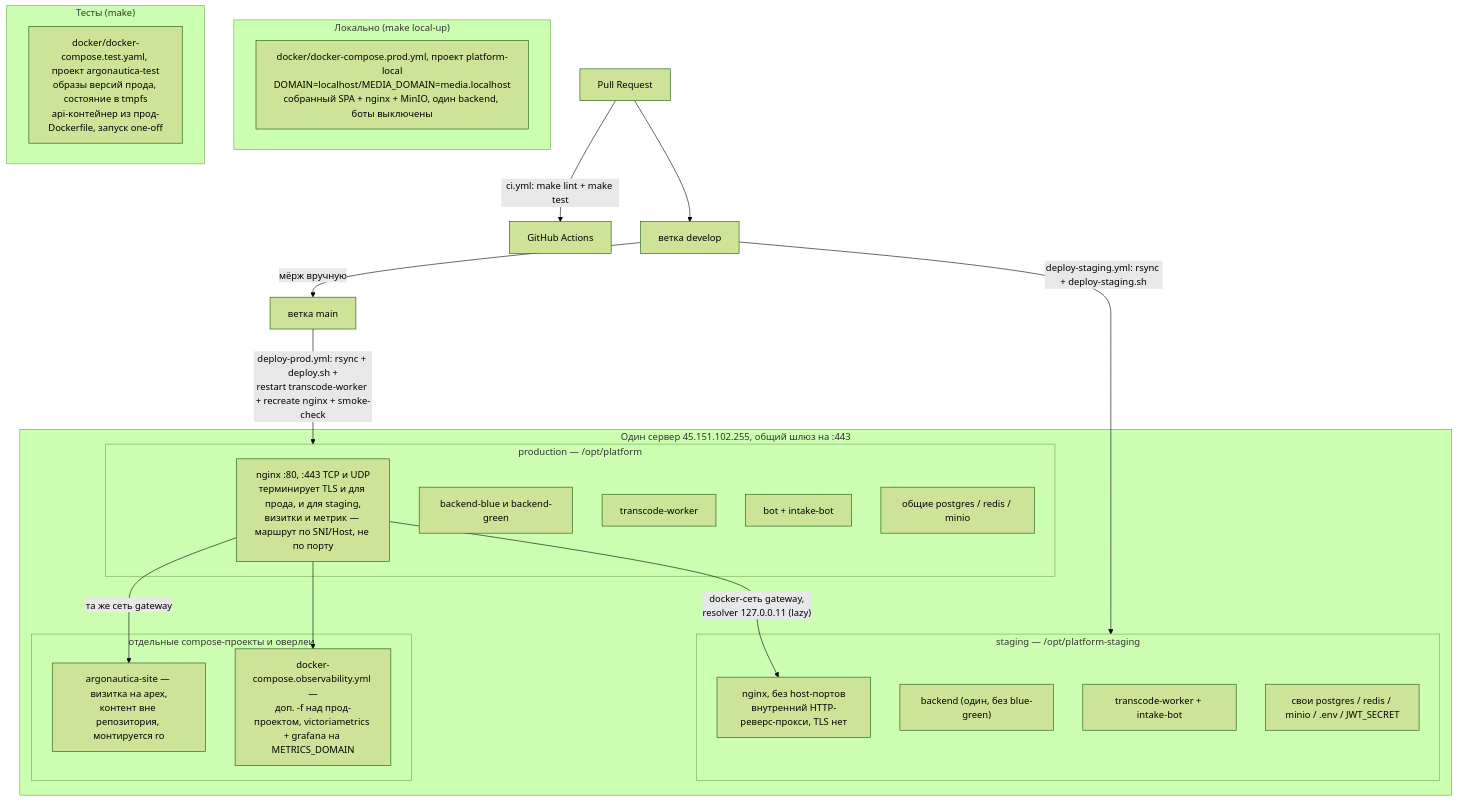
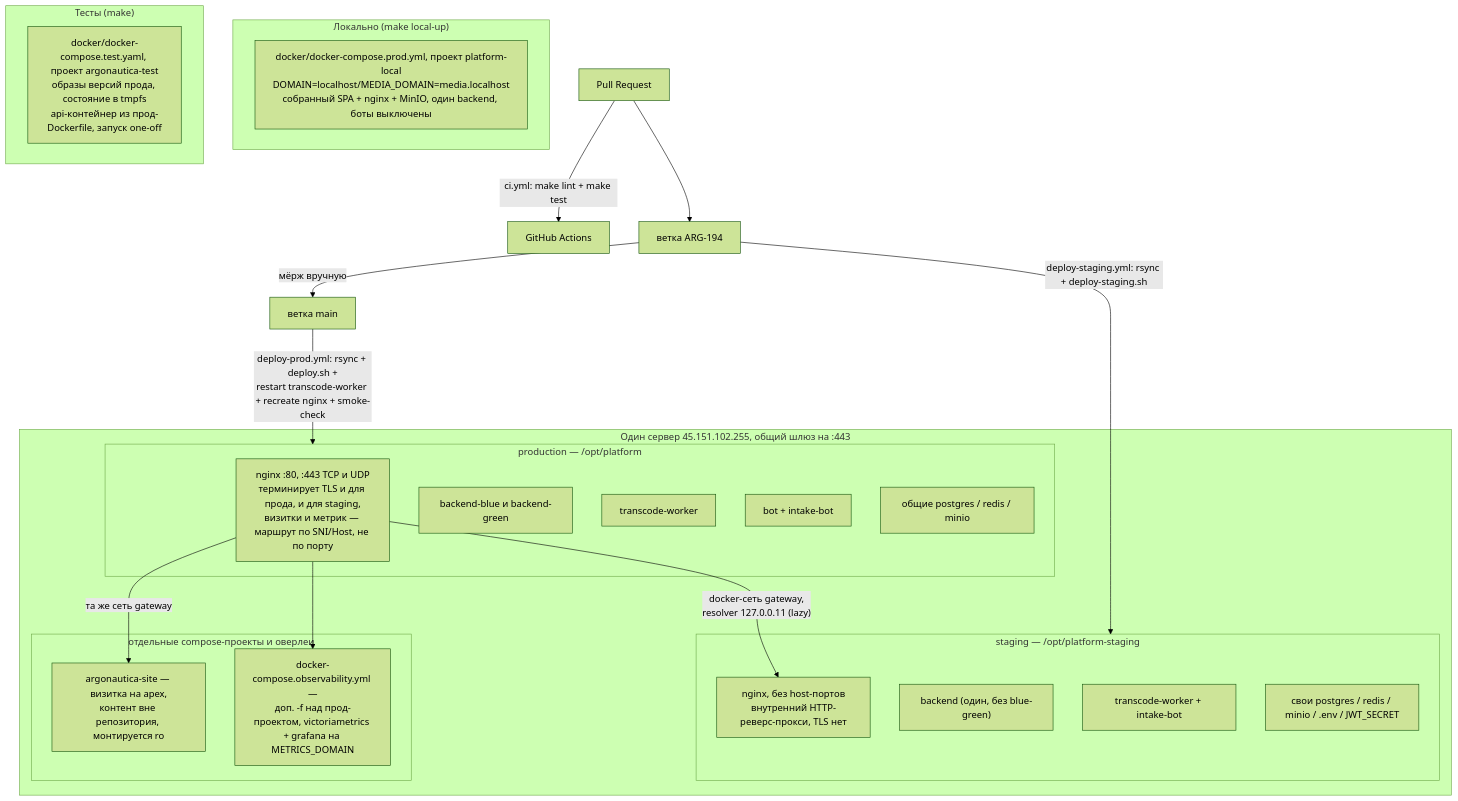
One commit to code-tamer3000/argonautica-platfrorm changed diagram 19 of 20 in docs/ARCHITECTURE.md. Above: the diagram before and after it, drawn with Mermaid (forest theme). The commit also changed 4 other files, not shown here.

Commit message:
ci(staging): deploy ARG-194 branch

````diff
--- a/docs/ARCHITECTURE.md
+++ b/docs/ARCHITECTURE.md
@@ -1081,40 +1081,40 @@
 ```mermaid
 flowchart TB
     subgraph dev["Локально (make local-up)"]
         DC["docker/docker-compose.prod.yml, проект platform-local<br/>DOMAIN=localhost/MEDIA_DOMAIN=media.localhost<br/>собранный SPA + nginx + MinIO, один backend, боты выключены"]
     end
 
     subgraph tst["Тесты (make)"]
         TC["docker/docker-compose.test.yaml, проект argonautica-test<br/>образы версий прода, состояние в tmpfs<br/>api-контейнер из прод-Dockerfile, запуск one-off"]
     end
 
     subgraph srv["Один сервер 45.151.102.255, общий шлюз на :443"]
         subgraph prd["production — /opt/platform"]
             PN["nginx :80, :443 TCP и UDP<br/>терминирует TLS и для прода, и для staging,<br/>визитки и метрик — маршрут по SNI/Host, не по порту"]
             PB["backend-blue и backend-green"]
             PW["transcode-worker"]
             PBot["bot + intake-bot"]
             PS["общие postgres / redis / minio"]
         end
         subgraph stg["staging — /opt/platform-staging"]
             SN["nginx, без host-портов<br/>внутренний HTTP-реверс-прокси, TLS нет"]
             SB["backend (один, без blue-green)"]
             SW["transcode-worker + intake-bot"]
             SS["свои postgres / redis / minio / .env / JWT_SECRET"]
         end
         subgraph aside["отдельные compose-проекты и оверлеи"]
             ST["argonautica-site — визитка на apex,<br/>контент вне репозитория, монтируется ro"]
             OB["docker-compose.observability.yml —<br/>доп. -f над прод-проектом, victoriametrics + grafana на METRICS_DOMAIN"]
         end
     end
 
     PN -->|"docker-сеть gateway,<br/>resolver 127.0.0.11 (lazy)"| SN
     PN -->|"та же сеть gateway"| ST
     PN --> OB
 
     PR["Pull Request"] -->|"ci.yml: make lint + make test"| CI["GitHub Actions"]
-    DEV["ветка develop"] -->|"deploy-staging.yml: rsync + deploy-staging.sh"| stg
+    DEV["ветка ARG-194"] -->|"deploy-staging.yml: rsync + deploy-staging.sh"| stg
     MAIN["ветка main"] -->|"deploy-prod.yml: rsync + deploy.sh +<br/>restart transcode-worker + recreate nginx + smoke-check"| prd
     PR --> DEV
     DEV -->|"мёрж вручную"| MAIN
 ```
````
